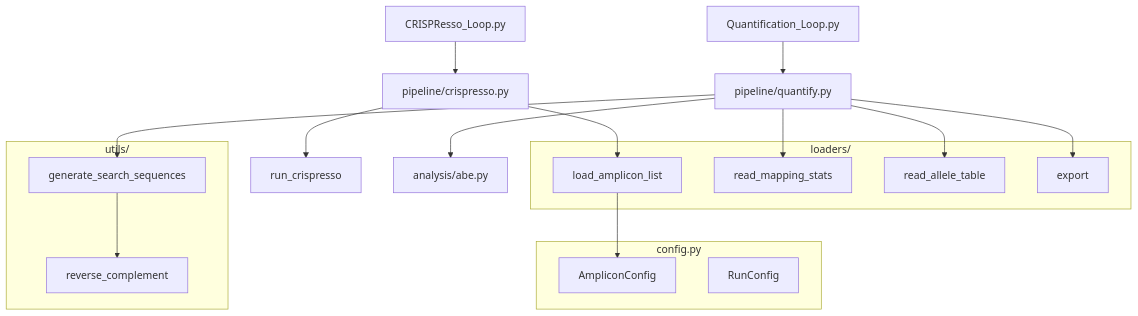
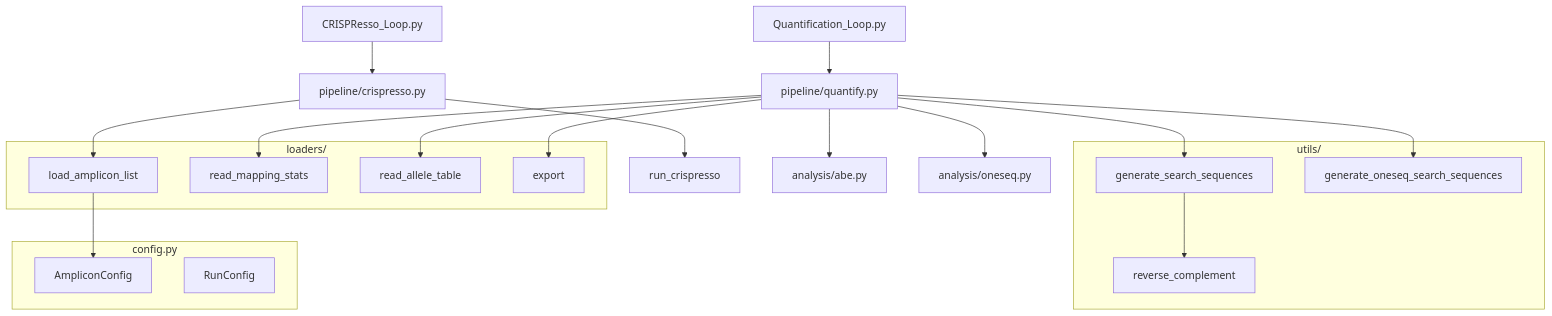
One commit to Walsh-Quigley/AQ_CRISPResso_pipeline changed the diagram in AQ_pipeline_v2/ARCHITECTURE.md. Above: the diagram before and after it, drawn with Mermaid. The commit also changed other lines of this file and 11 other files, not shown here.

Commit message:
updated and finished ONESEQ analysis, started on het analysis

````diff
--- a/AQ_pipeline_v2/ARCHITECTURE.md
+++ b/AQ_pipeline_v2/ARCHITECTURE.md
@@ -5,34 +5,37 @@
 ```mermaid
 graph TD
     CRISPResso_Loop.py --> pipeline/crispresso.py
     Quantification_Loop.py --> pipeline/quantify.py
 
     pipeline/crispresso.py --> load_amplicon_list
     pipeline/crispresso.py --> run_crispresso
 
     pipeline/quantify.py --> read_mapping_stats
     pipeline/quantify.py --> read_allele_table
     pipeline/quantify.py --> generate_search_sequences
+    pipeline/quantify.py --> generate_oneseq_search_sequences
     pipeline/quantify.py --> analysis/abe.py
+    pipeline/quantify.py --> analysis/oneseq.py
     pipeline/quantify.py --> export
 
     load_amplicon_list --> AmpliconConfig
     generate_search_sequences --> reverse_complement
 
     subgraph loaders/
         load_amplicon_list
         read_mapping_stats
         read_allele_table
         export
     end
 
     subgraph utils/
         reverse_complement
         generate_search_sequences
+        generate_oneseq_search_sequences
     end
 
     subgraph config.py
         AmpliconConfig
         RunConfig
     end
 ```
````
